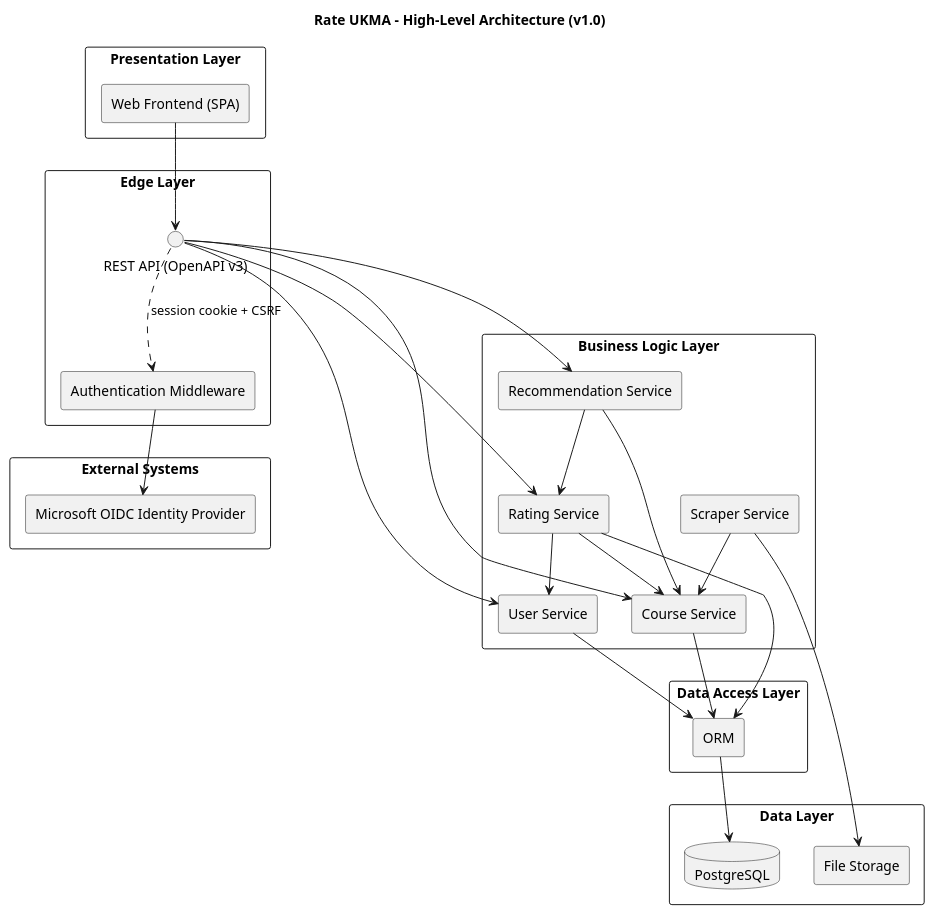
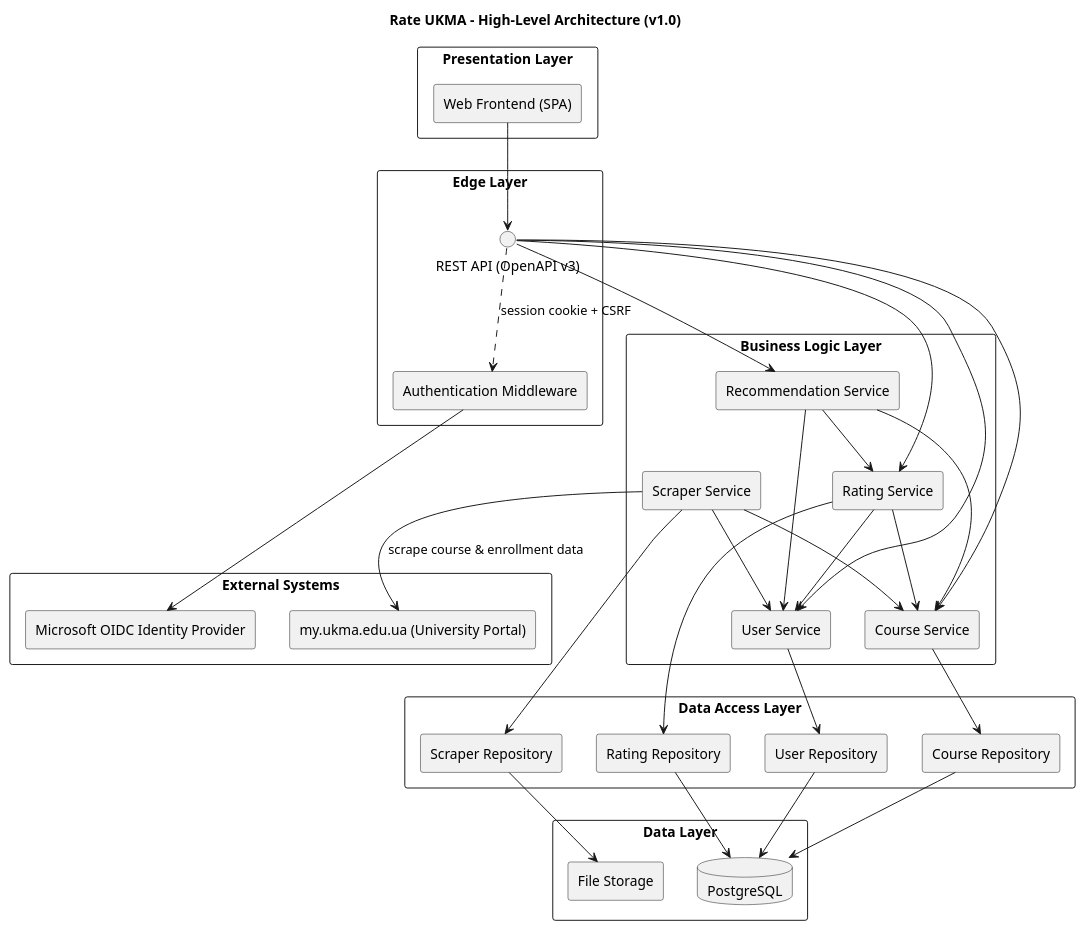
Before and after one commit to ukma-cs-ssdm-2025/rate-ukma: the diagram in docs/architecture/uml/high-level-design.puml, drawn with PlantUML.

Commit message:
docs(#32): update high-level-design.puml
- add university portal (my.ukma.edu.ua) as an external system
- add text to arrow from scraper to uni portal for clarity

```diff
--- a/docs/architecture/uml/high-level-design.puml
+++ b/docs/architecture/uml/high-level-design.puml
@@ -1,64 +1,69 @@
-@startuml
+@startuml high-level-architecture
 title Rate UKMA – High-Level Architecture (v1.0)
 
 skinparam componentStyle rectangle
 skinparam packageStyle  rectangle
 
-'───────────── Presentation ─────────────
 package "Presentation Layer" {
   [Web Frontend (SPA)] as WebApp
 }
 
-'───────────── Backend Boundary ─────────
 package "Edge Layer" as EDGE {
   interface "REST API (OpenAPI v3)" as REST
   [Authentication Middleware] as Auth
 }
 
-'───────────── Business Logic ───────────
 package "Business Logic Layer" as BL {
   [Course Service]          as CourseSvc
   [Rating Service]          as RatingSvc
   [User Service]            as UserSvc
   [Recommendation Service]  as RecoSvc
   [Scraper Service]         as ScraperSvc
 
   RatingSvc --> CourseSvc
   RatingSvc --> UserSvc
   RecoSvc   --> RatingSvc
   RecoSvc   --> CourseSvc
+  RecoSvc   --> UserSvc
+  ScraperSvc --> CourseSvc
+  ScraperSvc --> UserSvc
 }
 
-'───────────── Data-Access Layer ────────
 package "Data Access Layer" {
-  [ORM] as ORM
+  [Course Repository]   as CourseRepository
+  [Rating Repository]   as RatingRepository
+  [User Repository]     as UserRepository
+  [Scraper Repository]  as ScraperRepository
 }
 
-'───────────── Data Layer ───────────────
 package "Data Layer" {
   database "PostgreSQL" as MainDB
   [File Storage] as FileStore
 }
 
-'───────────── External Systems ─────────
 package "External Systems" {
   [Microsoft OIDC Identity Provider] as OIDC
+  [my.ukma.edu.ua (University Portal)] as UkmaPortal
 }
 
-'───────────── Flows ────────────────────
+CourseSvc   --> CourseRepository
+RatingSvc   --> RatingRepository
+UserSvc     --> UserRepository
+ScraperSvc  --> ScraperRepository
+
 WebApp --> REST
 REST ..> Auth : session cookie + CSRF
 REST --> CourseSvc
 REST --> RatingSvc
 REST --> UserSvc
 REST --> RecoSvc
 Auth --> OIDC
 
-CourseSvc --> ORM
-RatingSvc --> ORM
-UserSvc   --> ORM
-ORM --> MainDB
+CourseRepository   --> MainDB
+RatingRepository   --> MainDB
+UserRepository     --> MainDB
+ScraperRepository  --> FileStore
 
-ScraperSvc --> FileStore
-ScraperSvc --> CourseSvc
+ScraperSvc --> UkmaPortal : scrape course & enrollment data
+
 @enduml
```
